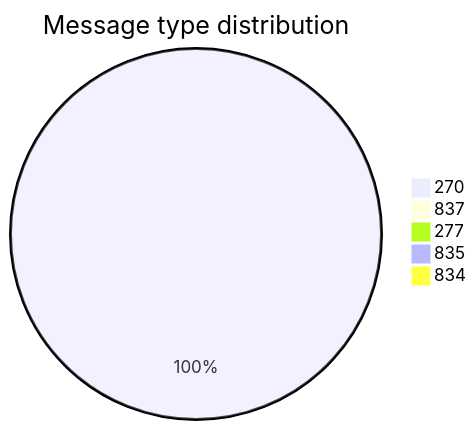
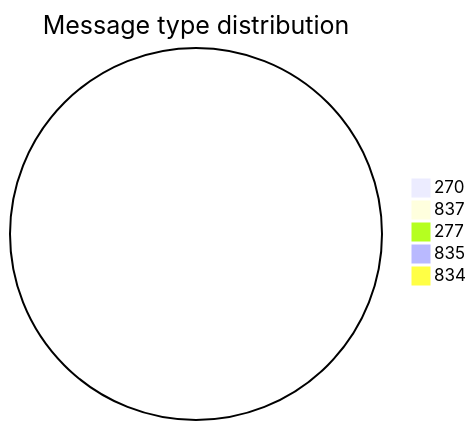
The second of 11 diagrams in test-tools/DataGen/src/Statistics_Visualizer.md (dhagan-va/intern-2025), drawn with Mermaid before and after one commit. The commit also changed other lines of this file and 7 other files, not shown here.

````diff
--- a/test-tools/DataGen/src/Statistics_Visualizer.md
+++ b/test-tools/DataGen/src/Statistics_Visualizer.md
@@ -28,8 +28,8 @@
 ```mermaid
 pie title Message type distribution
-    "270" : 500
+    "270" : 0
     "837" : 0
     "277" : 0
     "835" : 0
     "834" : 0
 ```
````
